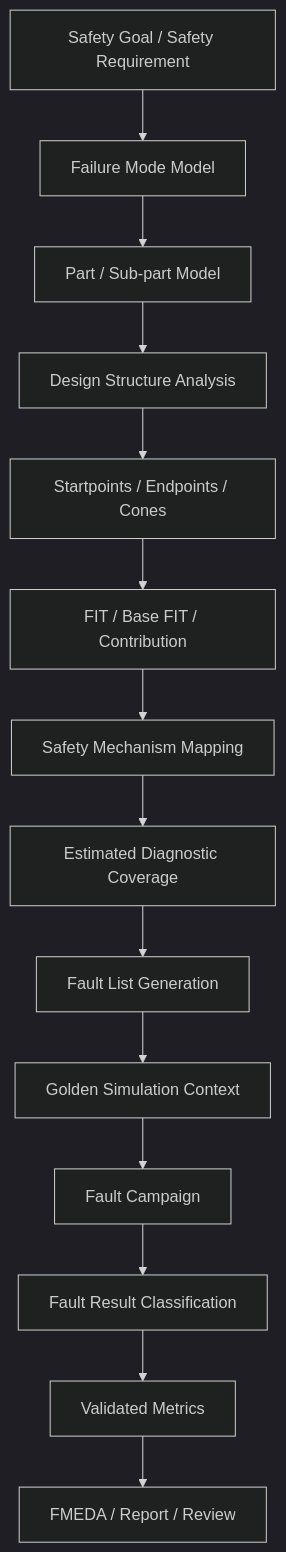
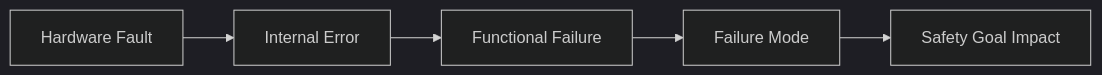
The first of 11 diagrams in articles/01_automotive_safeic_practice_d01_github_en_revised.md (qiqixixi1001/automotive-safeic-practice), drawn with Mermaid (dark theme) before and after one commit. The commit also changed other lines of this file, not shown here.

````diff
--- a/articles/01_automotive_safeic_practice_d01_github_en_revised.md
+++ b/articles/01_automotive_safeic_practice_d01_github_en_revised.md
@@ -149,16 +166,7 @@
 ```mermaid
-flowchart TD
-    A[Safety Goal / Safety Requirement] --> B[Failure Mode Model]
-    B --> C[Part / Sub-part Model]
-    C --> D[Design Structure Analysis]
-    D --> E[Startpoints / Endpoints / Cones]
-    E --> F[FIT / Base FIT / Contribution]
-    F --> G[Safety Mechanism Mapping]
-    G --> H[Estimated Diagnostic Coverage]
-    H --> I[Fault List Generation]
-    I --> J[Golden Simulation Context]
-    J --> K[Fault Campaign]
-    K --> L[Fault Result Classification]
-    L --> M[Validated Metrics]
-    M --> N[FMEDA / Report / Review]
+flowchart LR
+    A[Hardware Fault] --> B[Internal Error]
+    B --> C[Functional Failure]
+    C --> D[Failure Mode]
+    D --> E[Safety Goal Impact]
 ```
````
